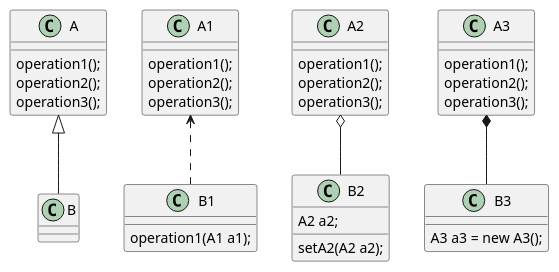
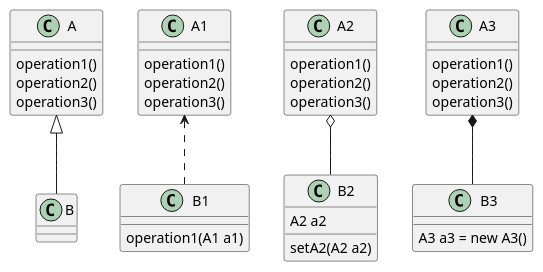
The diagram in learn-design-pattern/learn-design-pattern-han/src/main/java/com/example/learn/design/pattern/han/_01/七大设计原理/_07合成复用原则/newfile.puml (wufenghai/learn), drawn with PlantUML before and after one commit. The commit also changed 36 other files, not shown here.

Commit message:
UML 类图

```diff
--- a/learn-design-pattern/learn-design-pattern-han/src/main/java/com/example/learn/design/pattern/han/_01/七大设计原理/_07合成复用原则/newfile.puml
+++ b/learn-design-pattern/learn-design-pattern-han/src/main/java/com/example/learn/design/pattern/han/_01/七大设计原理/_07合成复用原则/newfile.puml
@@ -1,61 +1,61 @@
 @startuml
 'https://plantuml.com/class-diagram
 
 '如果A类有其他的类被继承了，A类一旦改变 B类也会跟着改变
 class A{
-    operation1();
-    operation2();
+    operation1()
+    operation2()
 '    B类并不想用这个方法
-    operation3();
+    operation3()
 }
 
 class B
 
 '如果我们只是 B类去使用A类方法，使用继承就会让 B和A的耦合性增强
 A <|--B
 
 
 class A1{
-    operation1();
-    operation2();
+    operation1()
+    operation2()
 '    B类并不想用这个方法
-    operation3();
+    operation3()
 }
 
 class B1{
-    operation1(A1 a1);
+    operation1(A1 a1)
 }
 '依赖关系
 A1 <..B1
 
 
 class A2{
-    operation1();
-    operation2();
+    operation1()
+    operation2()
 '    B类并不想用这个方法
-    operation3();
+    operation3()
 }
 
 class B2{
-    A2 a2;
-    setA2(A2 a2);
+    A2 a2
+    setA2(A2 a2)
 }
 '聚合关系
 A2 o--B2
 
 
 class A3{
-    operation1();
-    operation2();
+    operation1()
+    operation2()
 '    B类并不想用这个方法
-    operation3();
+    operation3()
 }
 
 class B3{
-    A3 a3 = new A3();
+    A3 a3 = new A3()
 }
 '聚合关系
 A3 *--B3
 
 
 @enduml
```
